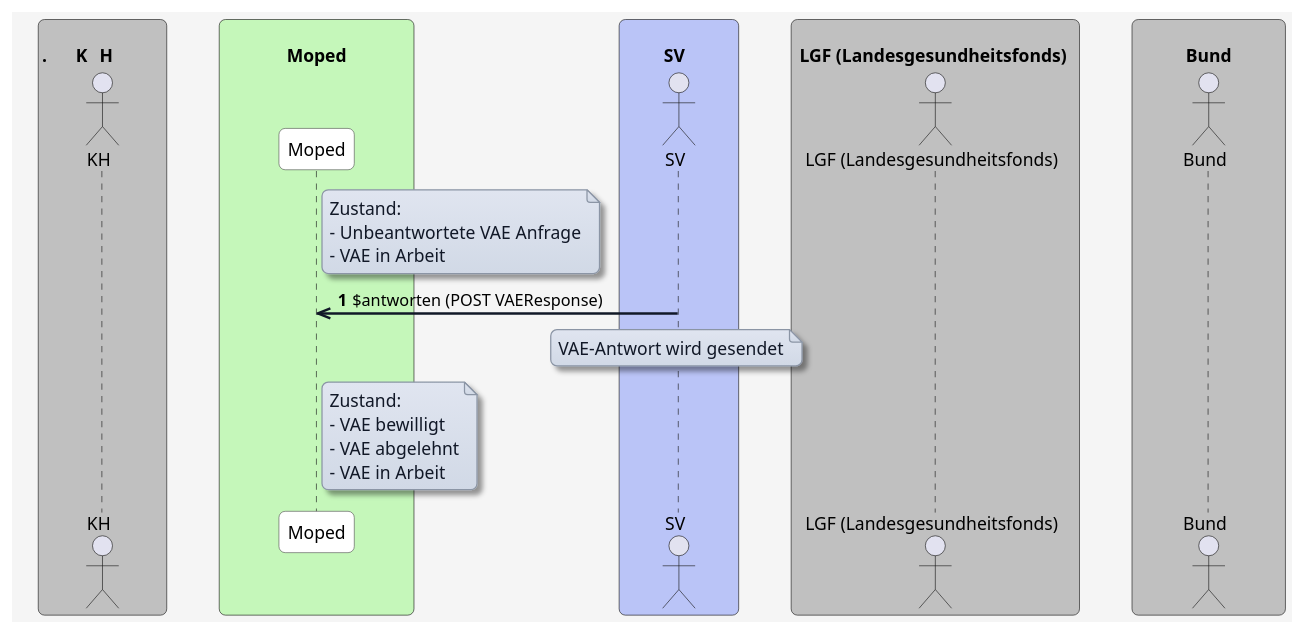
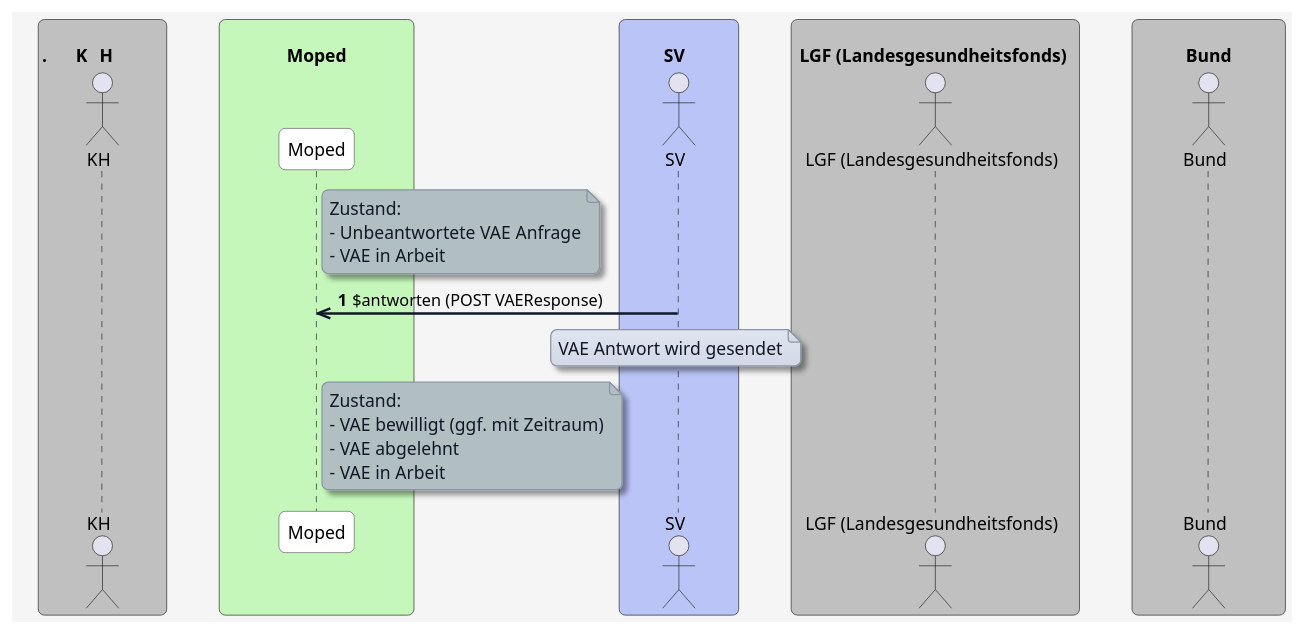
Before and after one commit to HL7Austria/ELGA-MOPED-R5: the diagram in input/images-source/antworten.plantuml, drawn with PlantUML. The commit also changed 8 other files, not shown here.

```diff
--- a/input/images-source/antworten.plantuml
+++ b/input/images-source/antworten.plantuml
@@ -1,80 +1,82 @@
 @startuml
 skinparam borderColor #000000
 skinparam backgroundColor #f5f5f5
 skinparam shadowing false
 skinparam roundCorner 10
 skinparam defaultFontName "Arial"
 skinparam defaultFontSize 14
 skinparam defaultFontColor #000000
 
 skinparam note {
   BackgroundColor #e0e5f0-#d1d9e6
   BorderColor #8b95a5
   BorderThickness 1
   RoundCorner 8
   Padding 6
   FontColor #111827
   Shadowing true
 }
 
 skinparam HyperlinkColor #0000EE
 skinparam HyperlinkUnderline false
 
 skinparam sequence {
   ParticipantBorderColor #555555
   ParticipantBackgroundColor #ffffff
   ParticipantFontColor #000000
   ParticipantFontSize 14
   ParticipantPadding 20
   ArrowColor #111827
   ArrowThickness 2
   ArrowFontColor #000000
   ArrowFontSize 13
   GroupBorderColor #111827
   GroupBackgroundColor #f3f4f6
   GroupBorderThickness 1
 }
 
 skinparam BoxPadding 20
 skinparam BoxBorderColor #555555
 
 
 box "\n.         KH           " #c0c0c0
   actor KH as "KH"
 end box
 
 box "\n              Moped              " #c5f7ba
   participant MP as "Moped"
 end box
 
 box "\n         SV           " #bac4f7
   actor SV as "SV"
 end box
 
 box "\n LGF (Landesgesundheitsfonds)  " #c0c0c0
   actor LGF as "LGF (Landesgesundheitsfonds)"
 end box
 
 box "\n           Bund           " #c0c0c0
   actor Bund as "Bund"
 end box
 
 autonumber
 
-note right of MP
+note right of MP #b2bfc2
 Zustand:
 - Unbeantwortete VAE Anfrage
 - VAE in Arbeit
 end note
 
 SV ->> MP: $antworten (POST VAEResponse)
-Note over SV: VAE-Antwort wird gesendet
+note over SV
+VAE Antwort wird gesendet
+end note
 
-note right of MP
+note right of MP #b2bfc2
 Zustand:
-- VAE bewilligt
+- VAE bewilligt (ggf. mit Zeitraum)
 - VAE abgelehnt
 - VAE in Arbeit
 end note
 
 @enduml
```
